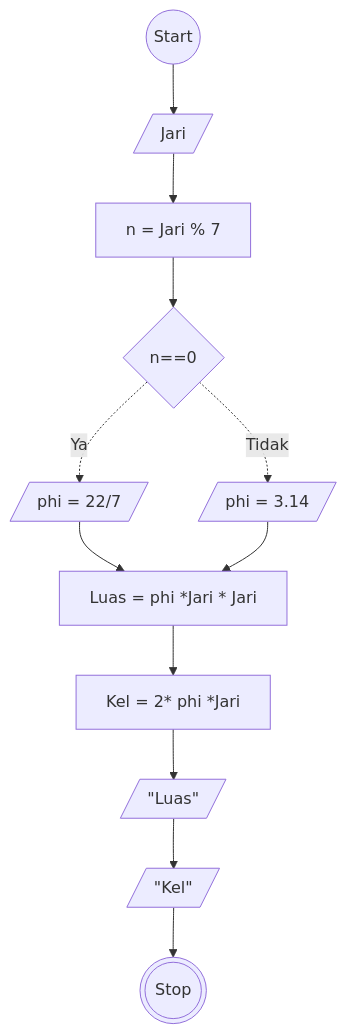
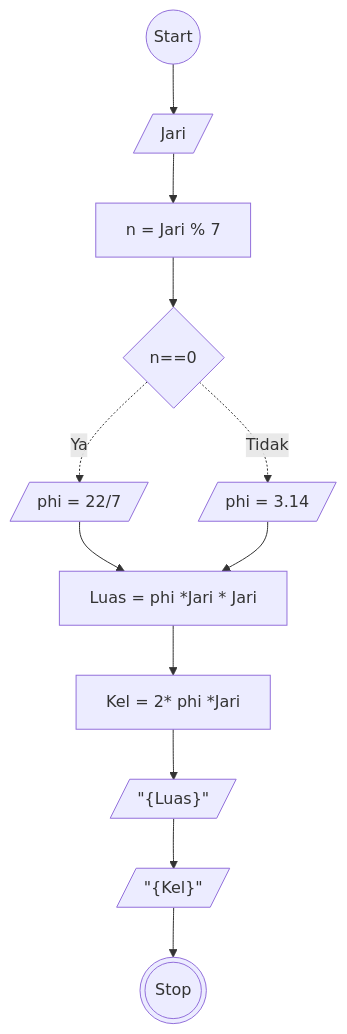
One commit to dimastadeoo/koda-b8-algoritma changed the diagram in luas&keliling.md. Above: the diagram before and after it, drawn with Mermaid.

````diff
--- a/luas&keliling.md
+++ b/luas&keliling.md
@@ -18,25 +18,25 @@
 ```mermaid
 flowchart TD
     A@{ shape: circle, label: "Start" }
     
     B@{ shape: lean-r, label: "Jari" }
     G@{ shape: rect, label: "n = Jari % 7" }
 
     C@{ shape: diamond, label: "n==0" }
 
     D@{ shape: lean-r, label: "phi = 3.14" }
     E@{ shape: lean-r, label: "phi = 22/7" }
 
     F@{ shape: rect, label: "Luas = phi *Jari * Jari" }
     H@{ shape: rect, label: "Kel = 2* phi *Jari" }
 
-    I@{ shape: lean-r, label: "&quot;Luas&quot;" }
-    J@{ shape: lean-r, label: "&quot;Kel&quot;" }    
+    I@{ shape: lean-r, label: "&quot;{Luas}&quot;" }
+    J@{ shape: lean-r, label: "&quot;{Kel}&quot;" }    
 
     K@{ shape: dbl-circ, label: "Stop" }
 
     A --> B --> G --> C-. Ya .-> E --> F
     C-. Tidak .-> D --> F --> H --> I-->J-->K
 
 
 ```
````
